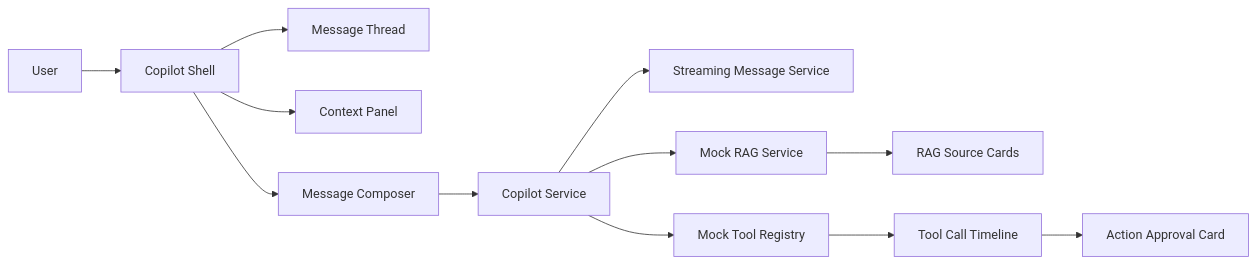
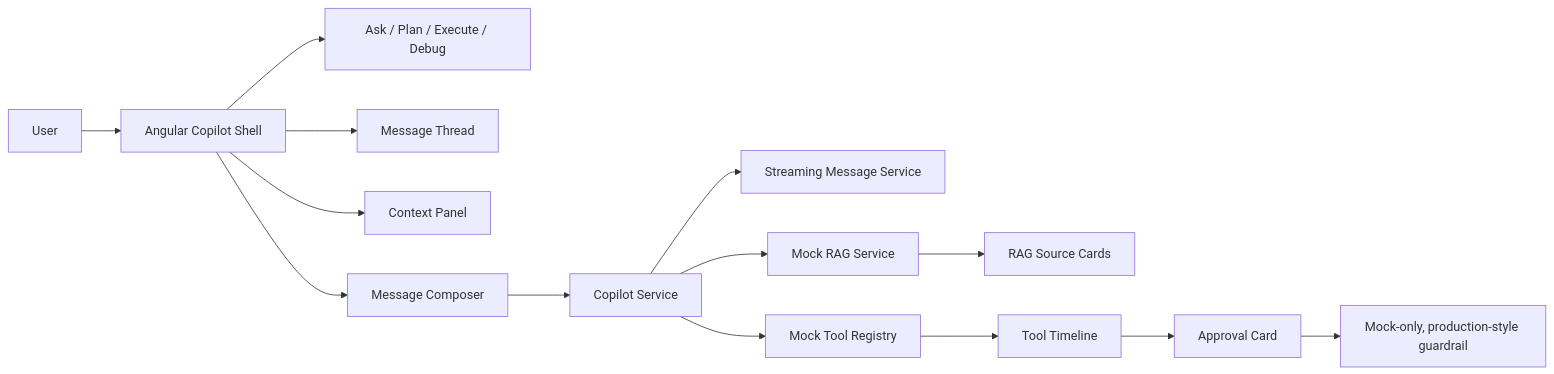
One commit to AnkitParekh007/angular-ai-copilot-starter changed the diagram in README.md. Above: the diagram before and after it, drawn with Mermaid. The commit also changed other lines of this file and 21 other files, not shown here.

Commit message:
Polish Angular AI copilot starter for demo and recruiter review

````diff
--- a/README.md
+++ b/README.md
@@ -96,14 +75,16 @@
 ```mermaid
 flowchart LR
-    User[User] --> Shell[Copilot Shell]
+    User[User] --> Shell[Angular Copilot Shell]
+    Shell --> Modes[Ask / Plan / Execute / Debug]
     Shell --> Thread[Message Thread]
     Shell --> Context[Context Panel]
     Shell --> Composer[Message Composer]
     Composer --> Service[Copilot Service]
     Service --> Streaming[Streaming Message Service]
     Service --> Rag[Mock RAG Service]
     Service --> Tools[Mock Tool Registry]
     Rag --> Sources[RAG Source Cards]
-    Tools --> Timeline[Tool Call Timeline]
-    Timeline --> Approval[Action Approval Card]
+    Tools --> Timeline[Tool Timeline]
+    Timeline --> Approval[Approval Card]
+    Approval --> Guardrail[Mock-only, production-style guardrail]
 ```
````
